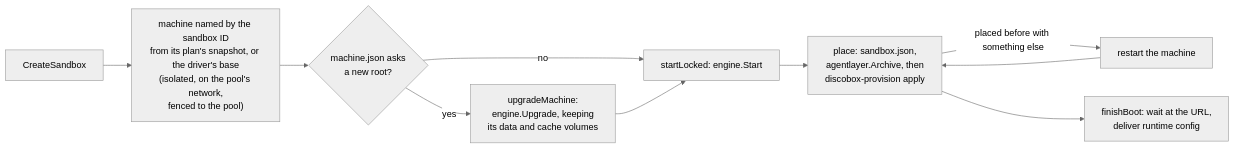
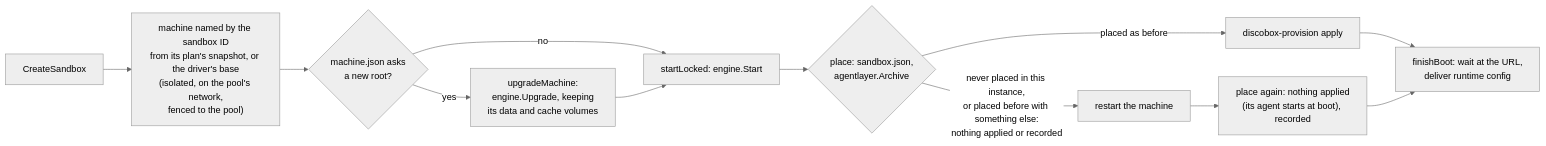
The fourth of 13 diagrams in pool-agent/DESIGN.md (discobox-ai/discobox), drawn with Mermaid (neutral theme) before and after one commit. The commit also changed other lines of this file and 24 other files, not shown here.

````diff
--- a/pool-agent/DESIGN.md
+++ b/pool-agent/DESIGN.md
@@ -970,12 +970,14 @@
 ```mermaid
 flowchart LR
     create["CreateSandbox"] --> inst["machine named by the sandbox ID\nfrom its plan's snapshot, or the driver's base\n(isolated, on the pool's network,\nfenced to the pool)"]
     inst --> newroot{"machine.json asks\na new root?"}
     newroot -->|yes| upgrade["upgradeMachine:\nengine.Upgrade, keeping\nits data and cache volumes"]
     newroot -->|no| start["startLocked: engine.Start"]
     upgrade --> start
-    start --> place["place: sandbox.json,\nagentlayer.Archive, then\ndiscobox-provision apply"]
-    place -->|"placed before with something else"| restart["restart the machine"]
-    restart --> place
-    place --> boot["finishBoot: wait at the URL,\ndeliver runtime config"]
+    start --> place{"place: sandbox.json,\nagentlayer.Archive"}
+    place -->|"placed as before"| apply["discobox-provision apply"]
+    place -->|"never placed in this instance,\nor placed before with something else:\nnothing applied or recorded"| restart["restart the machine"]
+    restart --> again["place again: nothing applied\n(its agent starts at boot), recorded"]
+    apply --> boot["finishBoot: wait at the URL,\ndeliver runtime config"]
+    again --> boot
 ```
````
